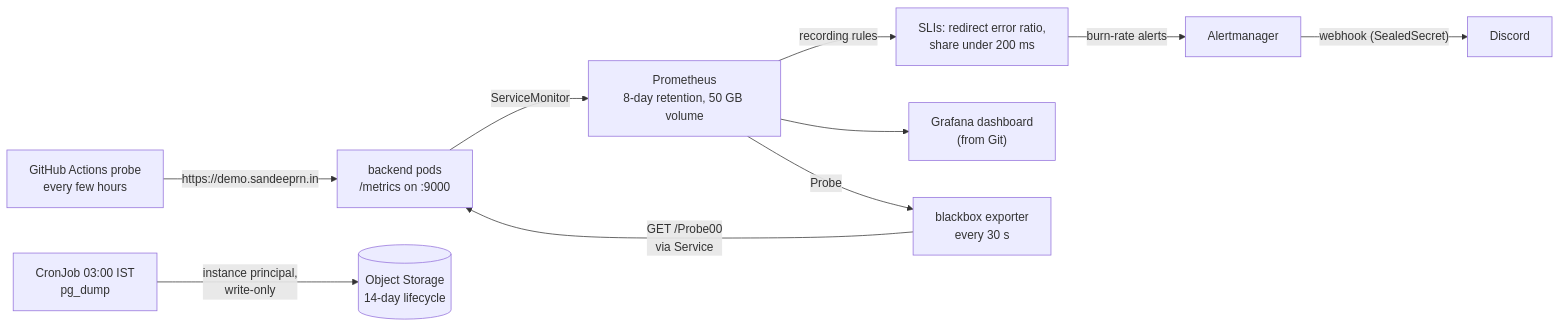
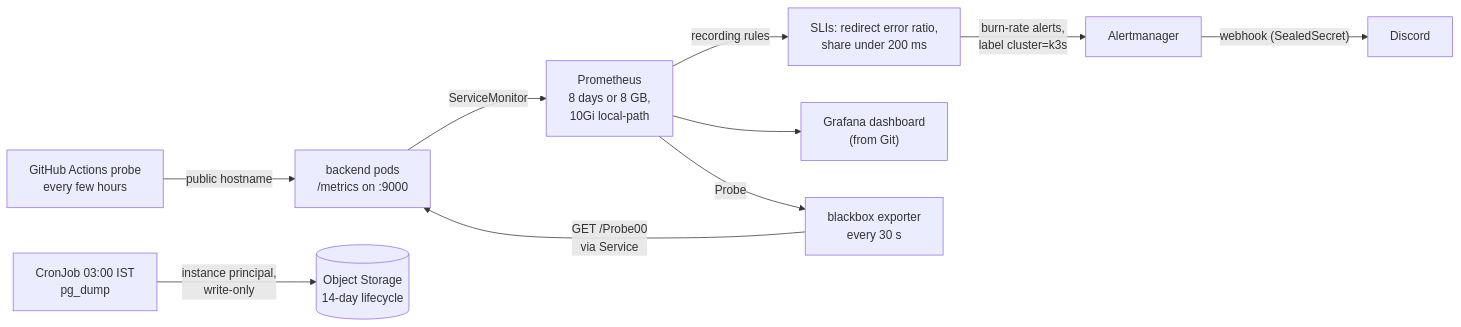
The fifth of 6 diagrams in docs/architecture.md (Sandeep-RN/oci-k8s-gitops-demo), drawn with Mermaid before and after one commit. The commit also changed other lines of this file and 29 other files, not shown here.

First line of the commit message:
Docs: README, architecture and ADR pointers follow the move to k3s (part of #74, #58) (#135)

````diff
--- a/docs/architecture.md
+++ b/docs/architecture.md
@@ -265,12 +267,12 @@
 ```mermaid
 flowchart LR
-    app["backend pods<br/>/metrics on :9000"] -->|"ServiceMonitor"| prom["Prometheus<br/>8-day retention, 50 GB volume"]
+    app["backend pods<br/>/metrics on :9000"] -->|"ServiceMonitor"| prom["Prometheus<br/>8 days or 8 GB,<br/>10Gi local-path"]
     prom -->|"recording rules"| sli["SLIs: redirect error ratio,<br/>share under 200 ms"]
-    sli -->|"burn-rate alerts"| am["Alertmanager"]
+    sli -->|"burn-rate alerts,<br/>label cluster=k3s"| am["Alertmanager"]
     am -->|"webhook (SealedSecret)"| discord["Discord"]
     prom --> grafana["Grafana dashboard<br/>(from Git)"]
     bbx["blackbox exporter<br/>every 30 s"] -->|"GET /Probe00<br/>via Service"| app
     prom -->|"Probe"| bbx
-    probe["GitHub Actions probe<br/>every few hours"] -->|"https://demo.sandeeprn.in"| app
+    probe["GitHub Actions probe<br/>every few hours"] -->|"public hostname"| app
     cron["CronJob 03:00 IST<br/>pg_dump"] -->|"instance principal,<br/>write-only"| bucket[("Object Storage<br/>14-day lifecycle")]
 ```
````
